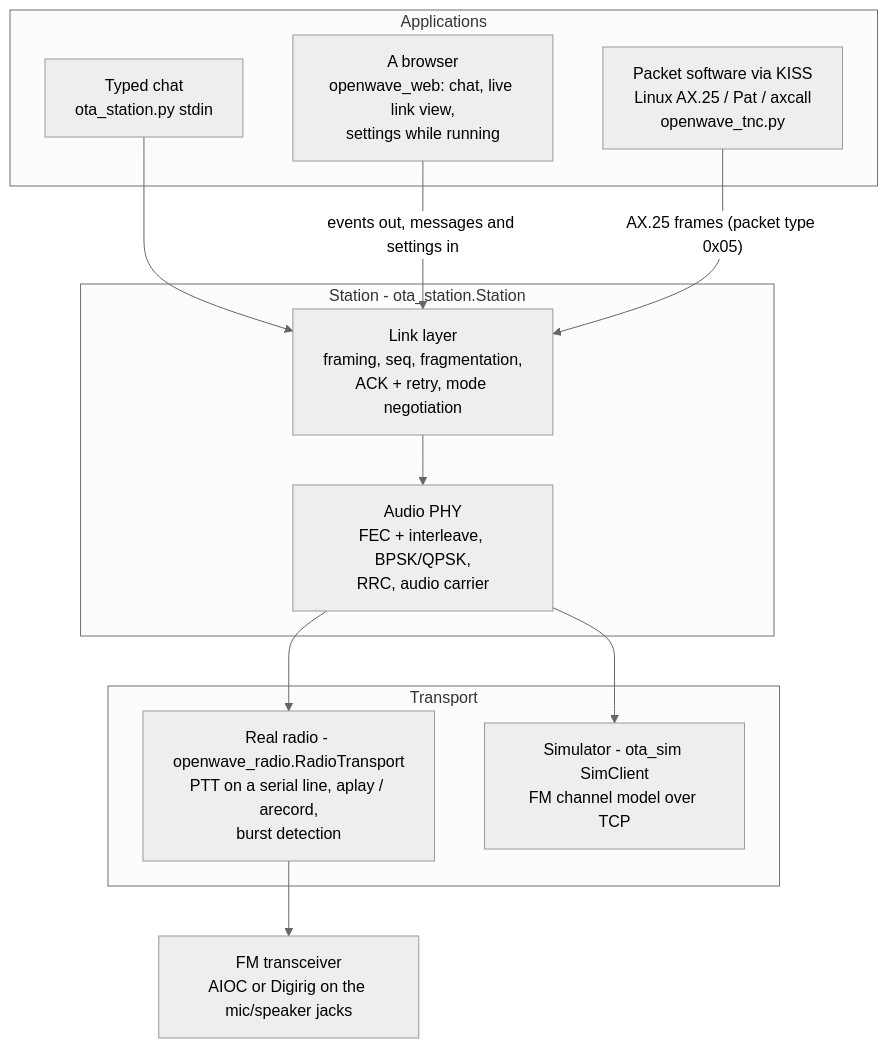
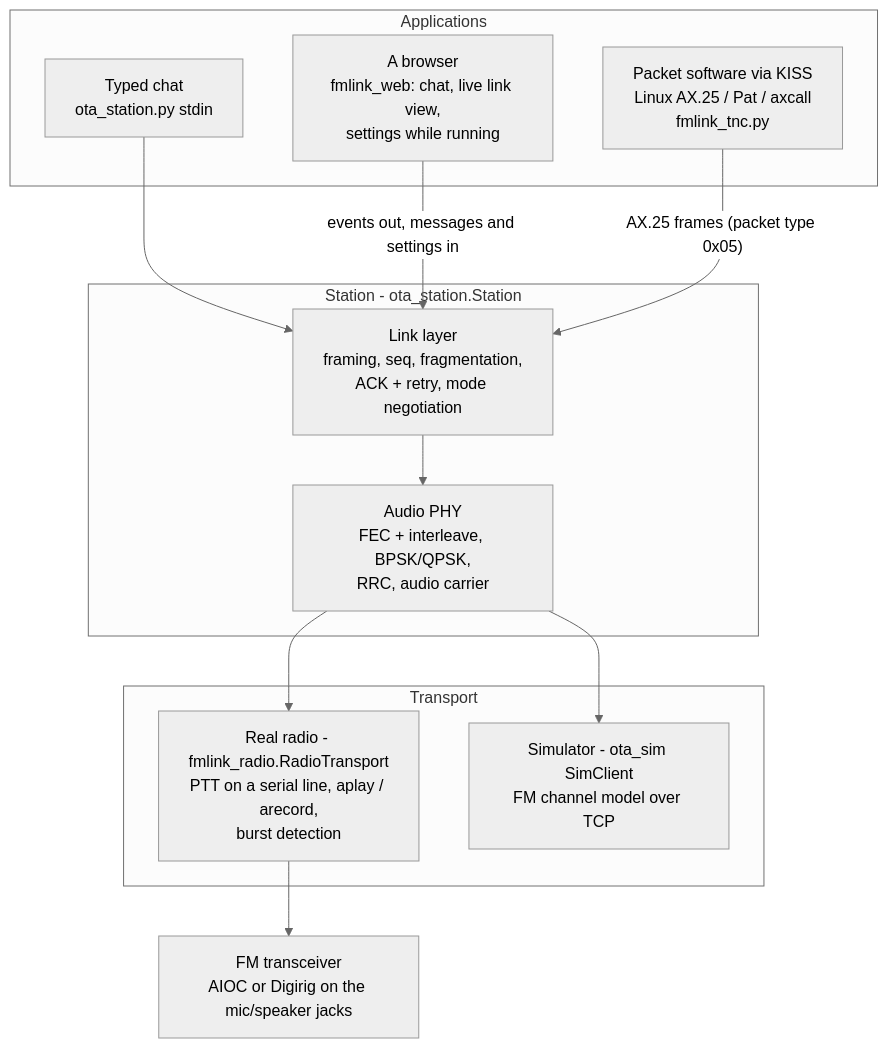
The first of 5 diagrams in MODEM_ARCHITECTURE.md (md-thomas/fmlink), drawn with Mermaid (neutral theme) before and after one commit. The commit also changed other lines of this file and 64 other files, not shown here.

````diff
--- a/MODEM_ARCHITECTURE.md
+++ b/MODEM_ARCHITECTURE.md
@@ -14,25 +14,25 @@
 ```mermaid
 flowchart TB
     subgraph apps["Applications"]
         chat["Typed chat<br/>ota_station.py stdin"]
-        kiss["Packet software via KISS<br/>Linux AX.25 / Pat / axcall<br/>openwave_tnc.py"]
-        web["A browser<br/>openwave_web: chat, live link view,<br/>settings while running"]
+        kiss["Packet software via KISS<br/>Linux AX.25 / Pat / axcall<br/>fmlink_tnc.py"]
+        web["A browser<br/>fmlink_web: chat, live link view,<br/>settings while running"]
     end
     subgraph station["Station - ota_station.Station"]
         link["Link layer<br/>framing, seq, fragmentation,<br/>ACK + retry, mode negotiation"]
         phy["Audio PHY<br/>FEC + interleave, BPSK/QPSK,<br/>RRC, audio carrier"]
     end
     subgraph transport["Transport"]
-        radio["Real radio - openwave_radio.RadioTransport<br/>PTT on a serial line, aplay / arecord,<br/>burst detection"]
+        radio["Real radio - fmlink_radio.RadioTransport<br/>PTT on a serial line, aplay / arecord,<br/>burst detection"]
         sim["Simulator - ota_sim SimClient<br/>FM channel model over TCP"]
     end
     hw["FM transceiver<br/>AIOC or Digirig on the mic/speaker jacks"]
 
     chat --> link
     web -- "events out, messages and settings in" --> link
     kiss -- "AX.25 frames (packet type 0x05)" --> link
     link --> phy
     phy --> radio
     phy --> sim
     radio --> hw
 ```
````
